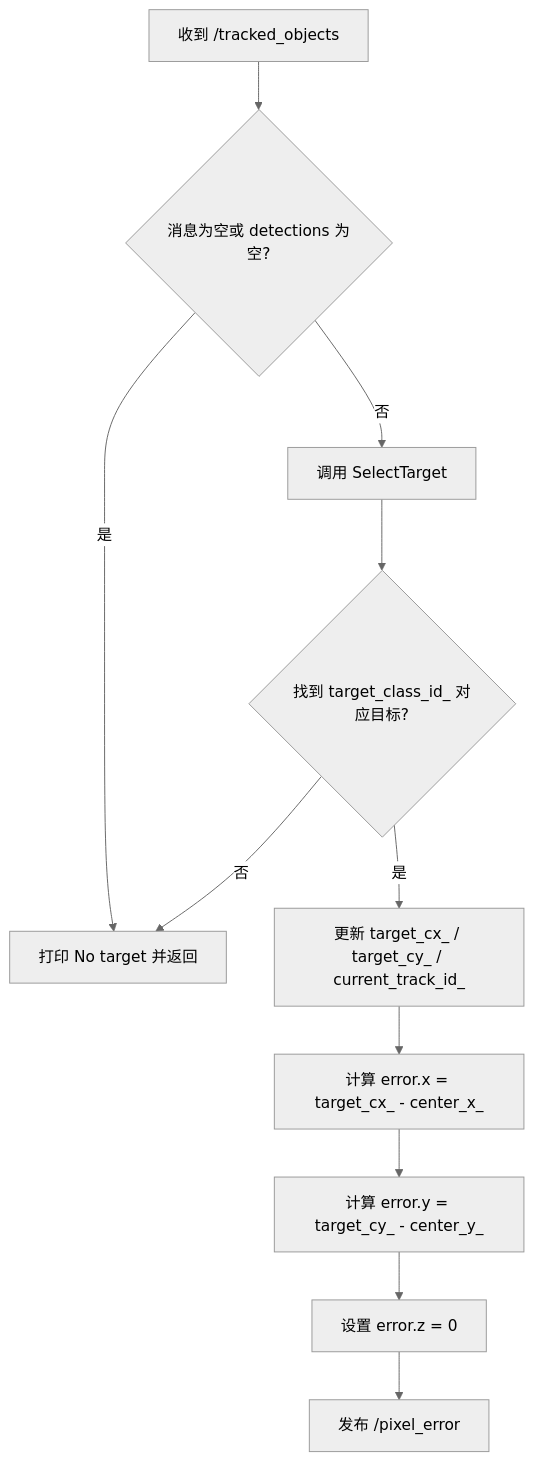
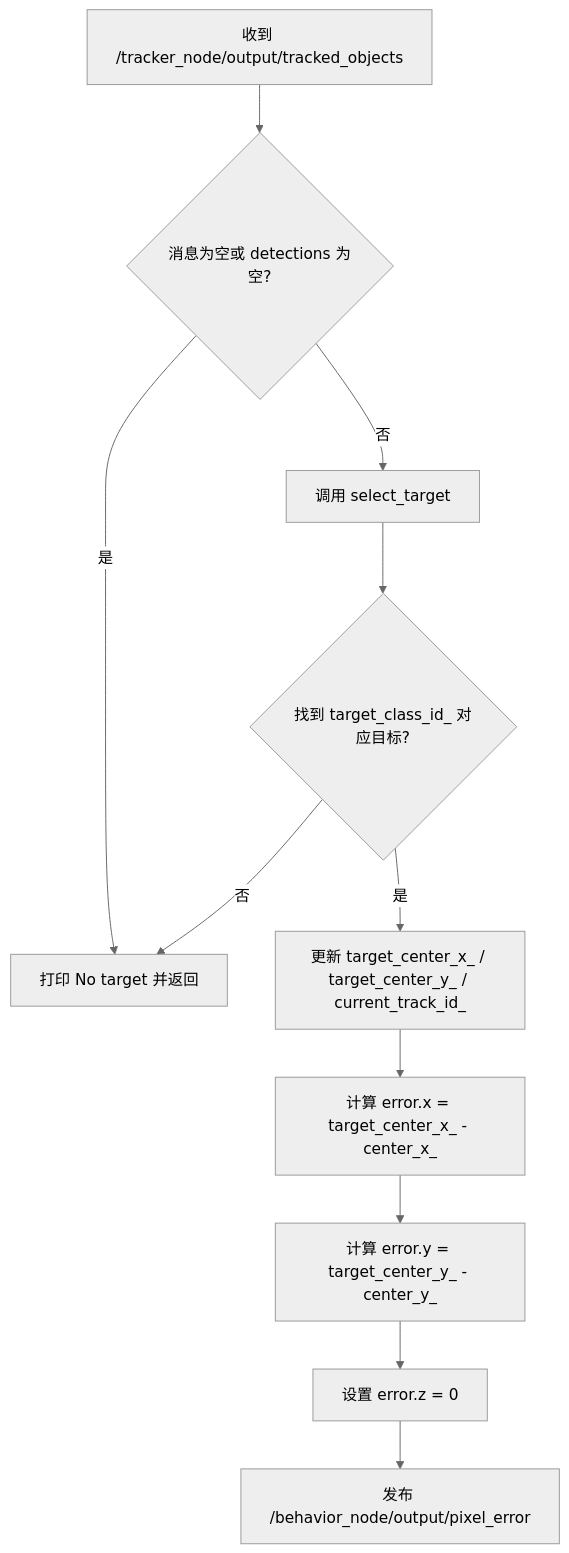
Before and after one commit to PT233/dog_dev: the second of 3 diagrams in docs/behavior_node/behavior_node_code_doc.md, drawn with Mermaid (neutral theme). The commit also changed other lines of this file and 322 other files, not shown here.

````diff
--- a/docs/behavior_node/behavior_node_code_doc.md
+++ b/docs/behavior_node/behavior_node_code_doc.md
@@ -301,13 +301,13 @@
 ```mermaid
 flowchart TD
-    A[收到 /tracked_objects] --> B{消息为空或 detections 为空?}
+    A[收到 /tracker_node/output/tracked_objects] --> B{消息为空或 detections 为空?}
     B -- 是 --> C[打印 No target 并返回]
-    B -- 否 --> D[调用 SelectTarget]
+    B -- 否 --> D[调用 select_target]
     D --> E{找到 target_class_id_ 对应目标?}
     E -- 否 --> C
-    E -- 是 --> F[更新 target_cx_ / target_cy_ / current_track_id_]
-    F --> G[计算 error.x = target_cx_ - center_x_]
-    G --> H[计算 error.y = target_cy_ - center_y_]
+    E -- 是 --> F[更新 target_center_x_ / target_center_y_ / current_track_id_]
+    F --> G[计算 error.x = target_center_x_ - center_x_]
+    G --> H[计算 error.y = target_center_y_ - center_y_]
     H --> I[设置 error.z = 0]
-    I --> J[发布 /pixel_error]
+    I --> J[发布 /behavior_node/output/pixel_error]
 ```
````
